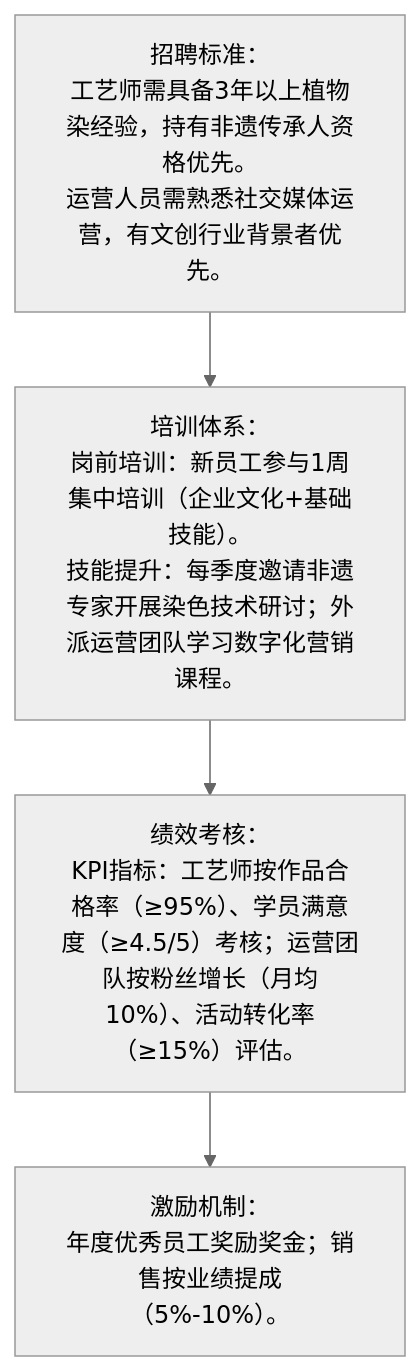
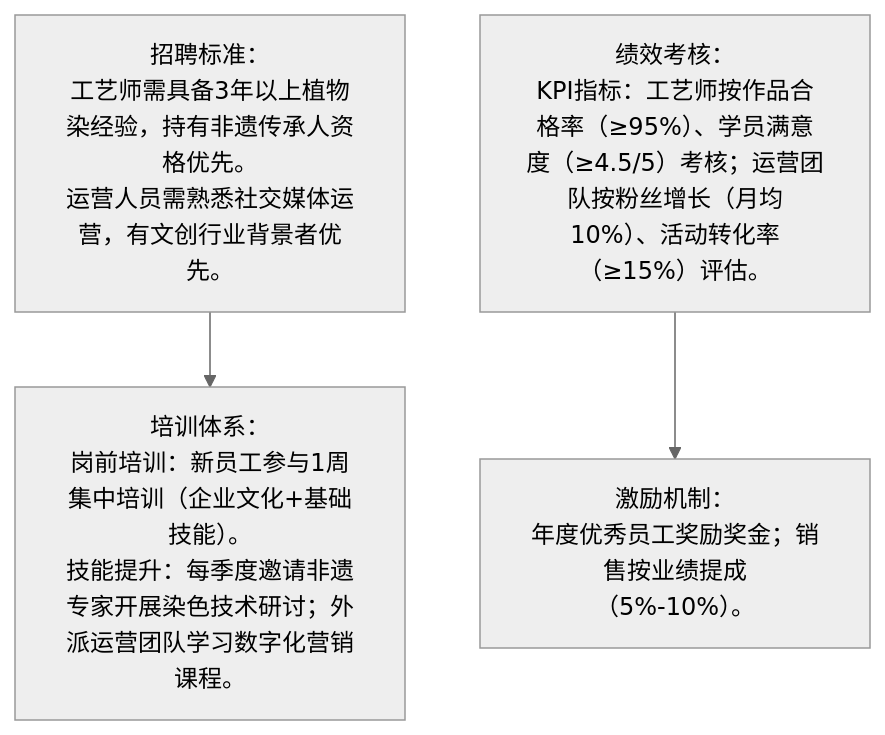
One commit to NaturalRice/git-demo changed the fifth of 9 diagrams in README.md. Above: the diagram before and after it, drawn with Mermaid (neutral theme).

````diff
--- a/README.md
+++ b/README.md
@@ -60,12 +60,11 @@
 ```mermaid
 flowchart TD
     A[招聘标准：
 工艺师需具备3年以上植物染经验，持有非遗传承人资格优先。
-运营人员需熟悉社交媒体运营，有文创行业背景者优先。] --> C[培训体系：
+运营人员需熟悉社交媒体运营，有文创行业背景者优先。] --> B[培训体系：
 岗前培训：新员工参与1周集中培训（企业文化+基础技能）。
 技能提升：每季度邀请非遗专家开展染色技术研讨；外派运营团队学习数字化营销课程。]
-    C --> B[绩效考核：
-KPI指标：工艺师按作品合格率（≥95%）、学员满意度（≥4.5/5）考核；运营团队按粉丝增长（月均10%）、活动转化率（≥15%）评估。]
-    B --> D[激励机制：
+    C[绩效考核：
+KPI指标：工艺师按作品合格率（≥95%）、学员满意度（≥4.5/5）考核；运营团队按粉丝增长（月均10%）、活动转化率（≥15%）评估。] --> D[激励机制：
 年度优秀员工奖励奖金；销售按业绩提成（5%-10%）。]
 ```
````
